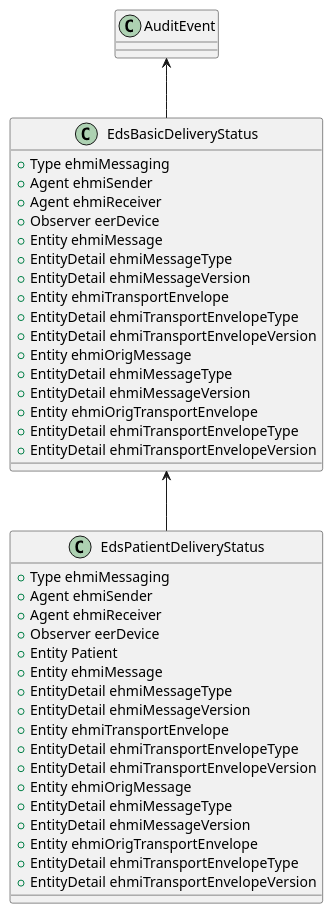
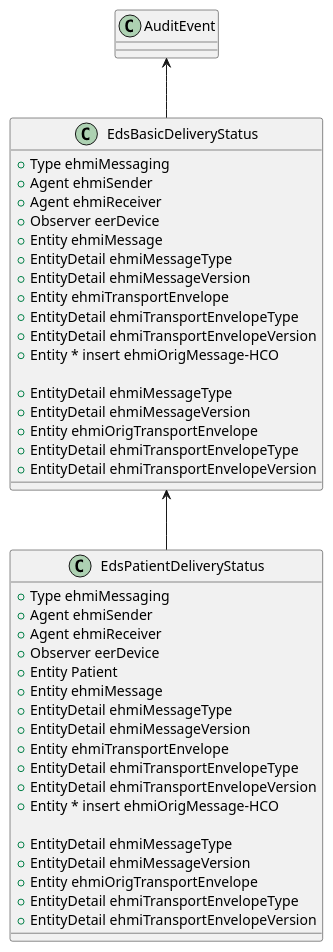
One commit to medcomdk/dk-ehmi-eds changed the diagram in input/image-sources/EdsPatientDeliveryStatus_classdiagram.plantuml. Above: the diagram before and after it, drawn with PlantUML. The commit also changed 35 other files, not shown here.

```diff
--- a/input/image-sources/EdsPatientDeliveryStatus_classdiagram.plantuml
+++ b/input/image-sources/EdsPatientDeliveryStatus_classdiagram.plantuml
@@ -1,44 +1,46 @@
 @startuml
 
 class EdsBasicDeliveryStatus {
     + Type ehmiMessaging
     + Agent ehmiSender
     + Agent ehmiReceiver
     + Observer eerDevice
     + Entity ehmiMessage
         + EntityDetail ehmiMessageType
         + EntityDetail ehmiMessageVersion
     + Entity ehmiTransportEnvelope
         + EntityDetail ehmiTransportEnvelopeType
         + EntityDetail ehmiTransportEnvelopeVersion
-    + Entity ehmiOrigMessage
+    + Entity * insert ehmiOrigMessage-HCO
+
         + EntityDetail ehmiMessageType
         + EntityDetail ehmiMessageVersion
     + Entity ehmiOrigTransportEnvelope
         + EntityDetail ehmiTransportEnvelopeType
         + EntityDetail ehmiTransportEnvelopeVersion
 }
 
 class EdsPatientDeliveryStatus {
     + Type ehmiMessaging
     + Agent ehmiSender
     + Agent ehmiReceiver
     + Observer eerDevice
     + Entity Patient
     + Entity ehmiMessage
         + EntityDetail ehmiMessageType
         + EntityDetail ehmiMessageVersion
     + Entity ehmiTransportEnvelope
         + EntityDetail ehmiTransportEnvelopeType
         + EntityDetail ehmiTransportEnvelopeVersion
-    + Entity ehmiOrigMessage
+    + Entity * insert ehmiOrigMessage-HCO
+
         + EntityDetail ehmiMessageType
         + EntityDetail ehmiMessageVersion
     + Entity ehmiOrigTransportEnvelope
         + EntityDetail ehmiTransportEnvelopeType
         + EntityDetail ehmiTransportEnvelopeVersion
 }
 
 AuditEvent <-- EdsBasicDeliveryStatus
 EdsBasicDeliveryStatus <-- EdsPatientDeliveryStatus
 @enduml
```
